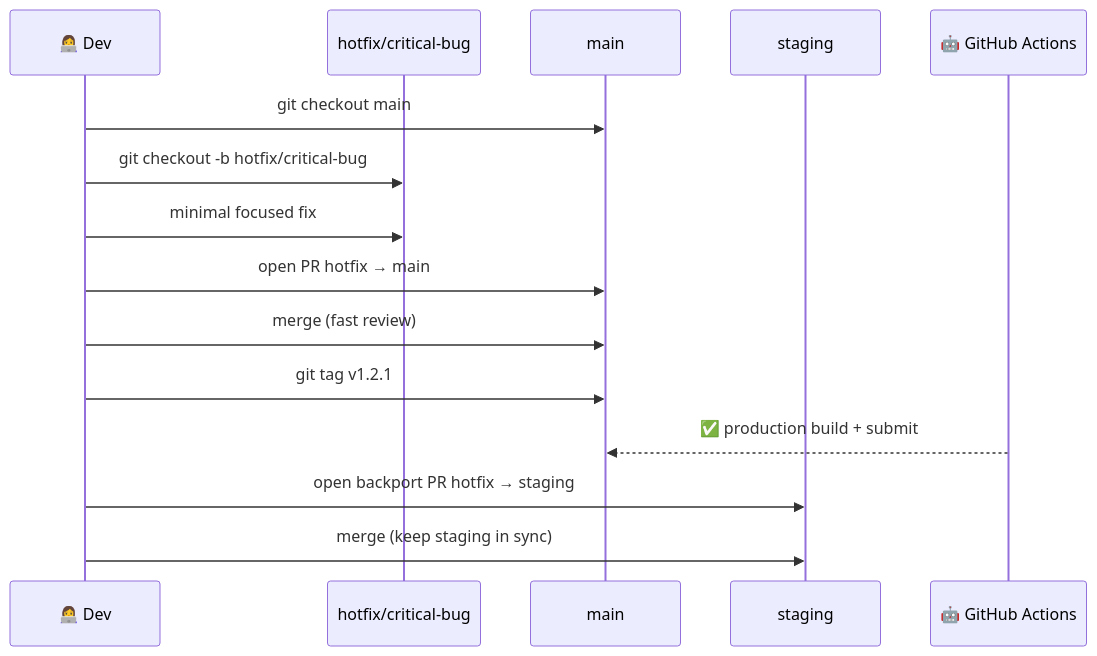
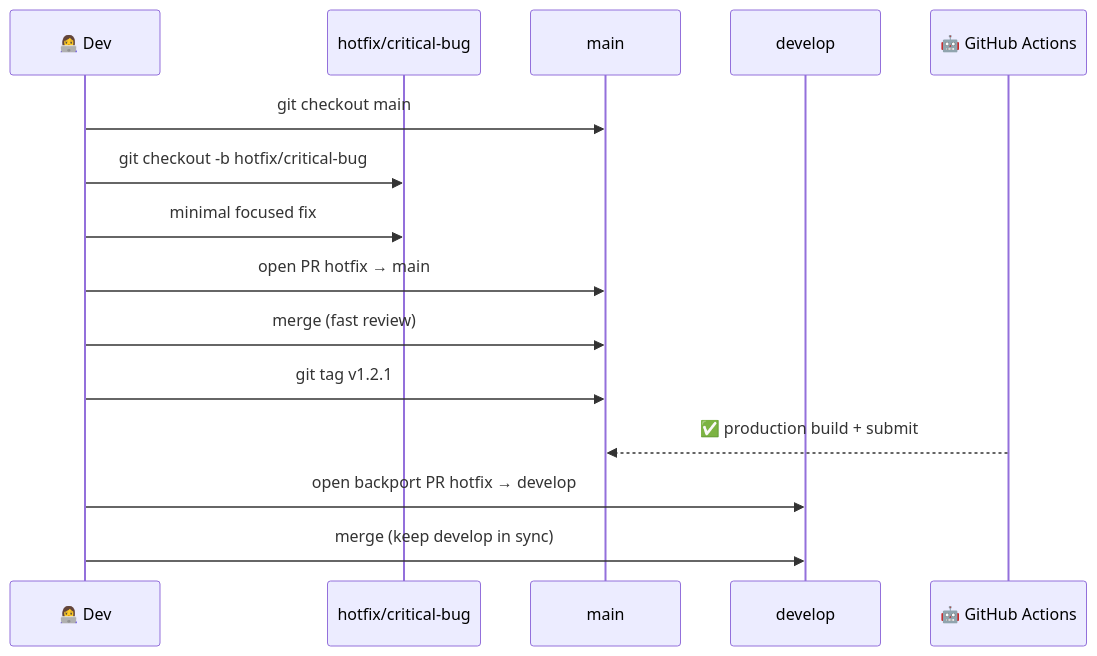
One commit to tjsinghbubble/Community-Bubbles changed the third of 3 diagrams in docs/branching-strategy.md. Above: the diagram before and after it, drawn with Mermaid. The commit also changed other lines of this file and 1 other file, not shown here.

First line of the commit message:
chore: automate develop→main sync and document branching strategy

````diff
--- a/docs/branching-strategy.md
+++ b/docs/branching-strategy.md
@@ -81,18 +116,18 @@
 ```mermaid
 sequenceDiagram
     participant D as 👩‍💻 Dev
     participant H as hotfix/critical-bug
     participant M as main
-    participant S as staging
+    participant DV as develop
     participant CI as 🤖 GitHub Actions
 
     D->>M: git checkout main
     D->>H: git checkout -b hotfix/critical-bug
     D->>H: minimal focused fix
     D->>M: open PR hotfix → main
     D->>M: merge (fast review)
     D->>M: git tag v1.2.1
     CI-->>M: ✅ production build + submit
-    D->>S: open backport PR hotfix → staging
-    D->>S: merge (keep staging in sync)
+    D->>DV: open backport PR hotfix → develop
+    D->>DV: merge (keep develop in sync)
 ```
````
